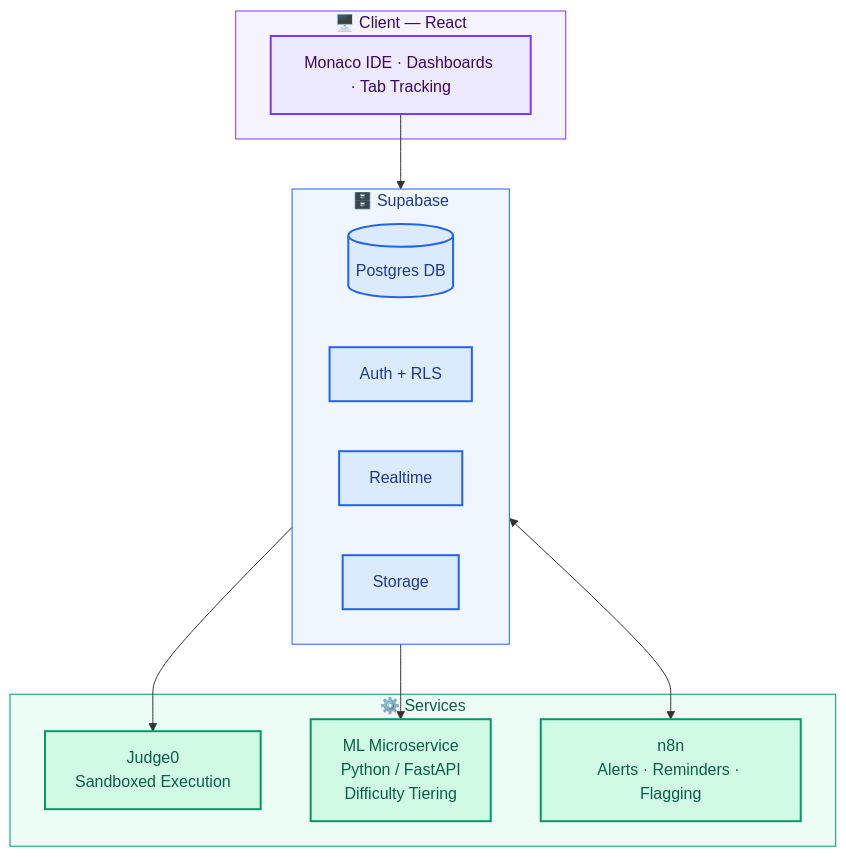
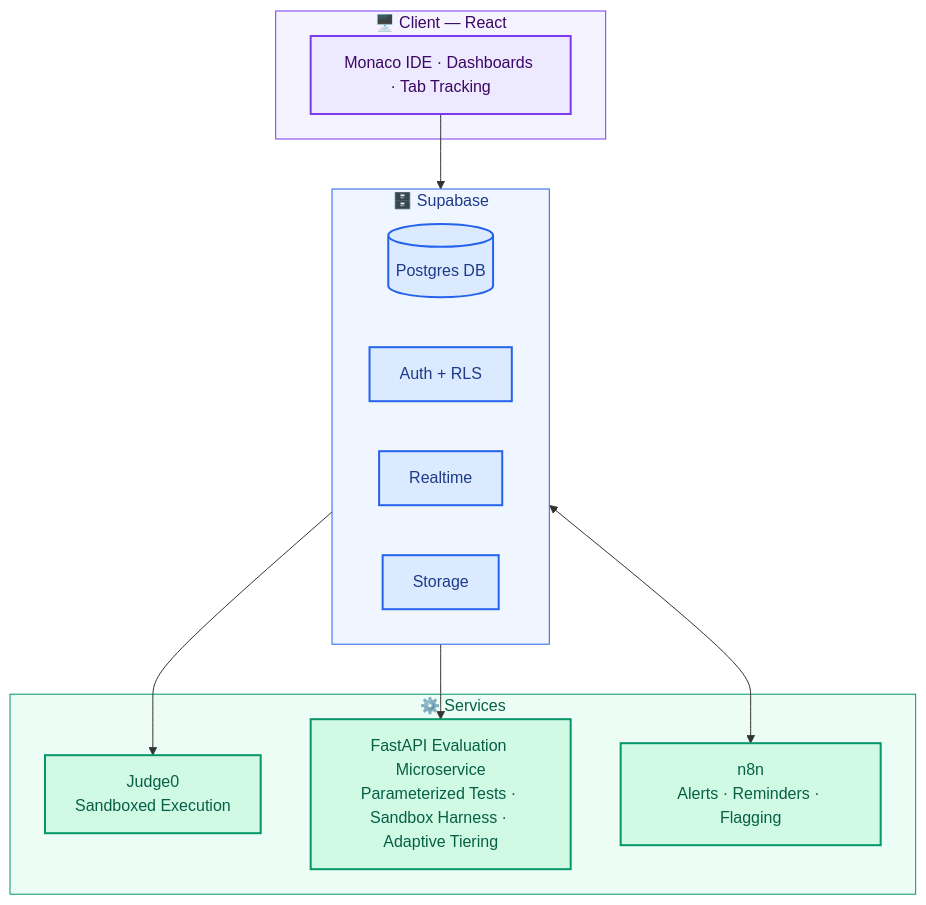
Before and after one commit to wanivedant777-spec/SIH2026-EduLab: the third of 6 diagrams in README.md, drawn with Mermaid. The commit also changed other lines of this file and 5 other files, not shown here.

````diff
--- a/README.md
+++ b/README.md
@@ -73,36 +73,36 @@
 ```mermaid
 flowchart TB
     subgraph Client["🖥️ Client — React"]
         UI[Monaco IDE · Dashboards · Tab Tracking]
     end
 
     subgraph Core["🗄️ Supabase"]
         DB[(Postgres DB)]
         Auth[Auth + RLS]
         RT[Realtime]
         Storage[Storage]
     end
 
     subgraph Services["⚙️ Services"]
         Judge0[Judge0<br/>Sandboxed Execution]
-        ML[ML Microservice<br/>Python / FastAPI<br/>Difficulty Tiering]
+        EvalService[FastAPI Evaluation Microservice<br/>Parameterized Tests · Sandbox Harness · Adaptive Tiering]
         N8N[n8n<br/>Alerts · Reminders · Flagging]
     end
 
     UI --> Core
     Core --> Judge0
-    Core --> ML
+    Core --> EvalService
     Core <--> N8N
 
     classDef purpleBox fill:#ede9fe,stroke:#7c3aed,color:#3b0764,stroke-width:2px;
     classDef blueBox fill:#dbeafe,stroke:#2563eb,color:#1e3a8a,stroke-width:2px;
     classDef greenBox fill:#d1fae5,stroke:#059669,color:#065f46,stroke-width:2px;
 
     class UI purpleBox
     class DB,Auth,RT,Storage blueBox
-    class Judge0,ML,N8N greenBox
+    class Judge0,EvalService,N8N greenBox
 
     style Client fill:#f5f3ff,stroke:#7c3aed,color:#3b0764
     style Core fill:#eff6ff,stroke:#2563eb,color:#1e3a8a
     style Services fill:#ecfdf5,stroke:#059669,color:#065f46
 ```
````
